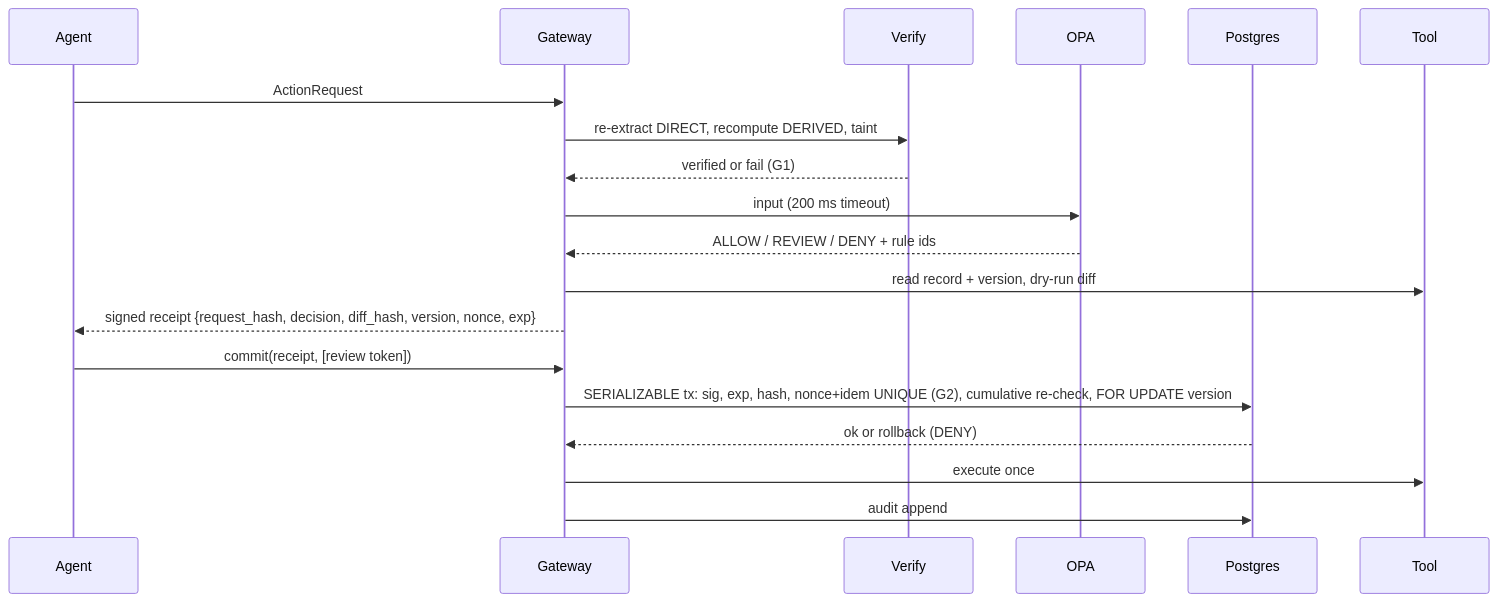
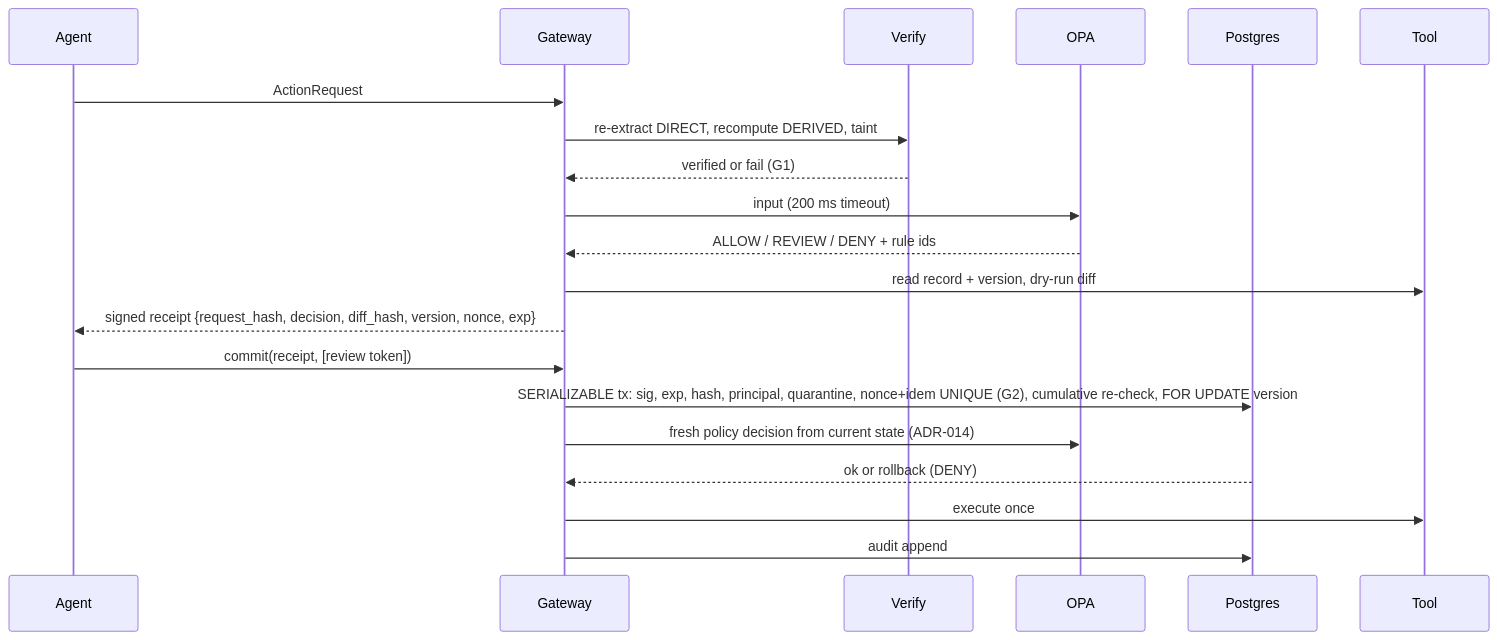
One commit to Physics0070/ActionProof changed the diagram in docs/ARCHITECTURE.md. Above: the diagram before and after it, drawn with Mermaid. The commit also changed other lines of this file and 24 other files, not shown here.

Commit message:
fix(gate): pin variance, bind identity, re-check fresh state, quarantine burned receipts

````diff
--- a/docs/ARCHITECTURE.md
+++ b/docs/ARCHITECTURE.md
@@ -24,21 +24,22 @@
 ```mermaid
 sequenceDiagram
   participant A as Agent
   participant G as Gateway
   participant V as Verify
   participant O as OPA
   participant D as Postgres
   participant T as Tool
   A->>G: ActionRequest
   G->>V: re-extract DIRECT, recompute DERIVED, taint
   V-->>G: verified or fail (G1)
   G->>O: input (200 ms timeout)
   O-->>G: ALLOW / REVIEW / DENY + rule ids
   G->>T: read record + version, dry-run diff
   G-->>A: signed receipt {request_hash, decision, diff_hash, version, nonce, exp}
   A->>G: commit(receipt, [review token])
-  G->>D: SERIALIZABLE tx: sig, exp, hash, nonce+idem UNIQUE (G2), cumulative re-check, FOR UPDATE version
+  G->>D: SERIALIZABLE tx: sig, exp, hash, principal, quarantine, nonce+idem UNIQUE (G2), cumulative re-check, FOR UPDATE version
+  G->>O: fresh policy decision from current state (ADR-014)
   D-->>G: ok or rollback (DENY)
   G->>T: execute once
   G->>D: audit append
 ```
````
